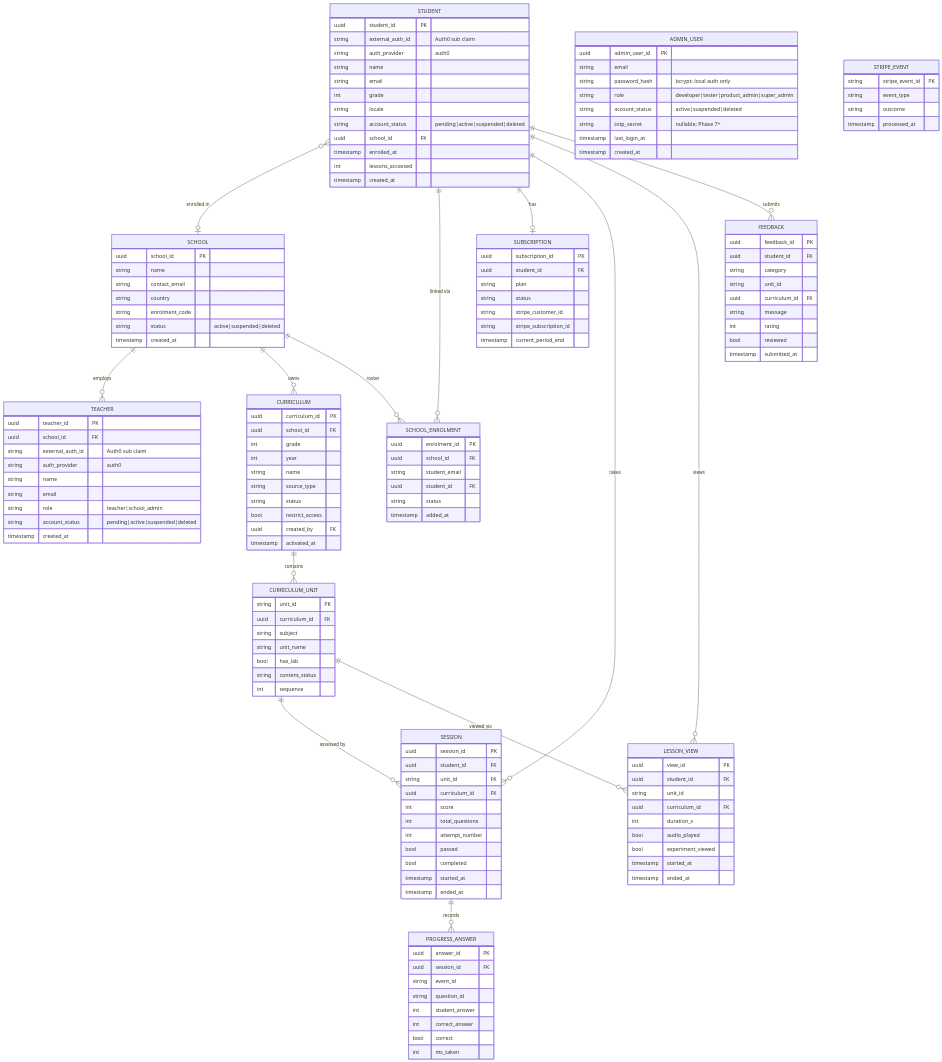
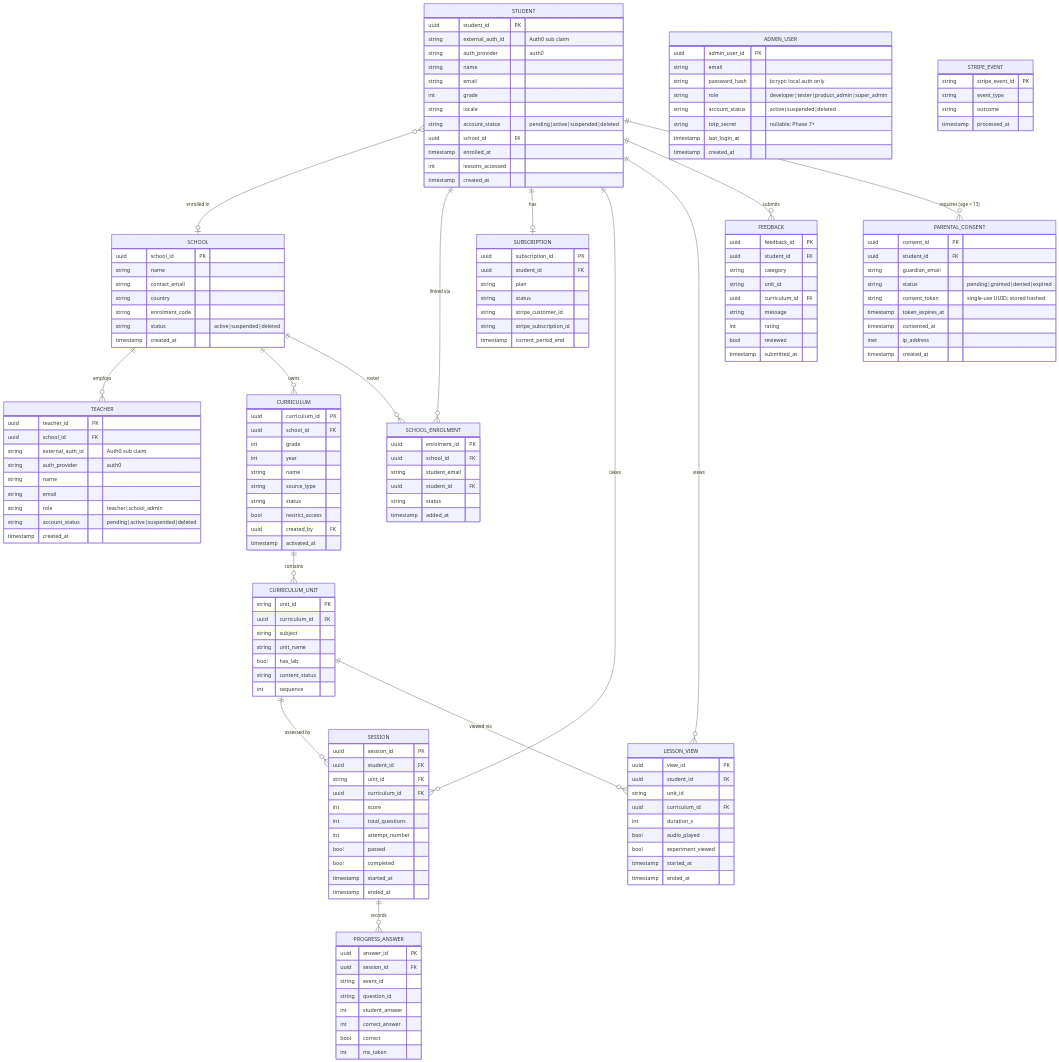
One commit to wegofwd2020-hub/StudyBuddy_OnDemand changed diagram 12 of 19 in ARCHITECTURE.md. Above: the diagram before and after it, drawn with Mermaid. The commit also changed other lines of this file and 2 other files, not shown here.

````diff
--- a/ARCHITECTURE.md
+++ b/ARCHITECTURE.md
@@ -1136,8 +1161,20 @@
     STUDENT ||--o| SUBSCRIPTION : "has"
     STUDENT ||--o{ SESSION : "takes"
     SESSION ||--o{ PROGRESS_ANSWER : "records"
+    PARENTAL_CONSENT {
+        uuid consent_id PK
+        uuid student_id FK
+        string guardian_email
+        string status "pending|granted|denied|expired"
+        string consent_token "single-use UUID; stored hashed"
+        timestamp token_expires_at
+        timestamp consented_at
+        inet ip_address
+        timestamp created_at
+    }
     STUDENT ||--o{ LESSON_VIEW : "views"
     STUDENT ||--o{ FEEDBACK : "submits"
+    STUDENT ||--o{ PARENTAL_CONSENT : "requires (age < 13)"
     CURRICULUM_UNIT ||--o{ SESSION : "assessed by"
     CURRICULUM_UNIT ||--o{ LESSON_VIEW : "viewed via"
 ```
````
